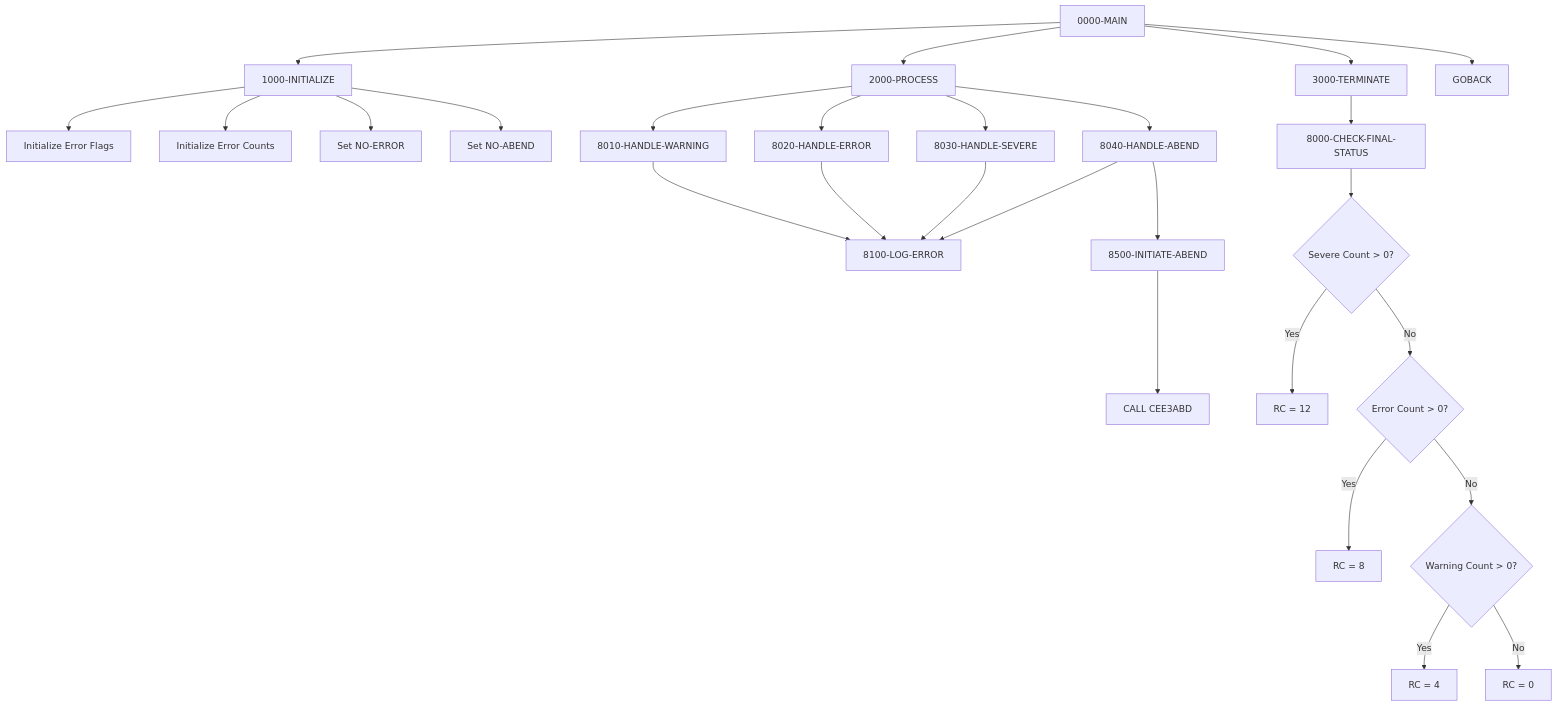
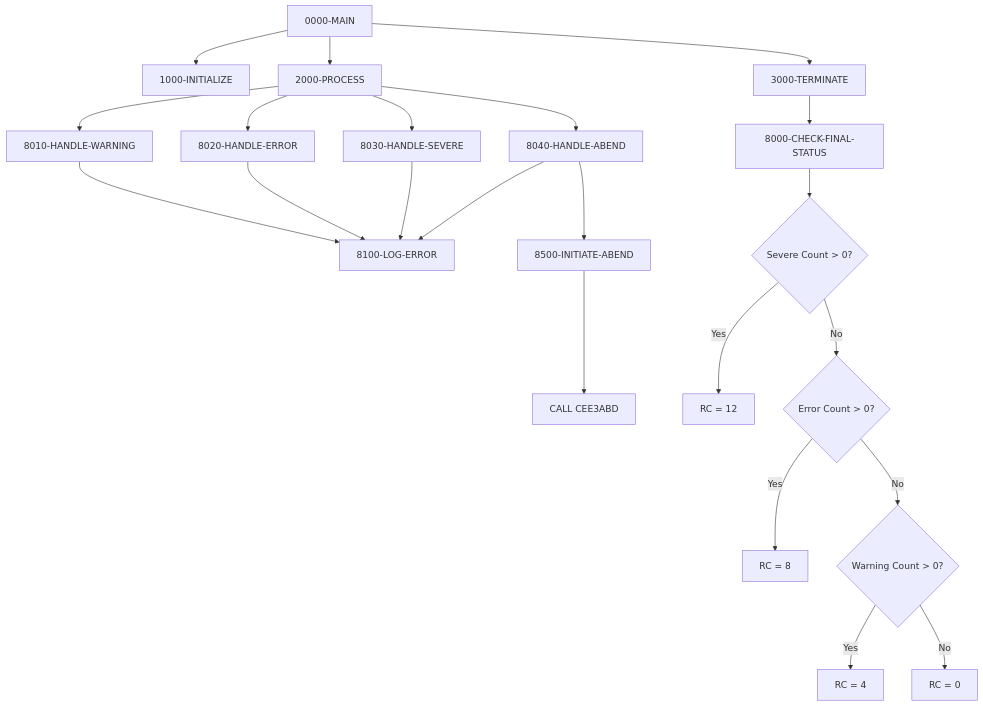
Before and after one commit to haladir-com/legacy-benchmark-docs-vb70e1: the diagram in docs/programs/ERRHANDL.mdx, drawn with Mermaid. The commit also changed other lines of this file and 63 other files, not shown here.

````diff
--- a/docs/programs/ERRHANDL.mdx
+++ b/docs/programs/ERRHANDL.mdx
@@ -25,33 +22,28 @@
 ```mermaid
 graph TD
     A[0000-MAIN] --> B[1000-INITIALIZE]
     A --> C[2000-PROCESS]
     A --> D[3000-TERMINATE]
-    A --> E[GOBACK]
+    D --> E[8000-CHECK-FINAL-STATUS]
     
-    B --> B1[Initialize Error Flags]
-    B --> B2[Initialize Error Counts]
-    B --> B3[Set NO-ERROR]
-    B --> B4[Set NO-ABEND]
+    C --> F[8010-HANDLE-WARNING]
+    C --> G[8020-HANDLE-ERROR]
+    C --> H[8030-HANDLE-SEVERE]
+    C --> I[8040-HANDLE-ABEND]
     
-    C --> C1[8010-HANDLE-WARNING]
-    C --> C2[8020-HANDLE-ERROR]
-    C --> C3[8030-HANDLE-SEVERE]
-    C --> C4[8040-HANDLE-ABEND]
+    F --> J[8100-LOG-ERROR]
+    G --> J
+    H --> J
+    I --> J
+    I --> K[8500-INITIATE-ABEND]
     
-    C1 --> L[8100-LOG-ERROR]
-    C2 --> L
-    C3 --> L
-    C4 --> L
-    C4 --> AB[8500-INITIATE-ABEND]
-    AB --> AB1[CALL CEE3ABD]
+    K --> L[CALL CEE3ABD]
     
-    D --> D1[8000-CHECK-FINAL-STATUS]
-    D1 --> D2{Severe Count > 0?}
-    D2 -->|Yes| D3[RC = 12]
-    D2 -->|No| D4{Error Count > 0?}
-    D4 -->|Yes| D5[RC = 8]
-    D4 -->|No| D6{Warning Count > 0?}
-    D6 -->|Yes| D7[RC = 4]
-    D6 -->|No| D8[RC = 0]
+    E --> M{Severe Count > 0?}
+    M -->|Yes| N[RC = 12]
+    M -->|No| O{Error Count > 0?}
+    O -->|Yes| P[RC = 8]
+    O -->|No| Q{Warning Count > 0?}
+    Q -->|Yes| R[RC = 4]
+    Q -->|No| S[RC = 0]
 ```
````
